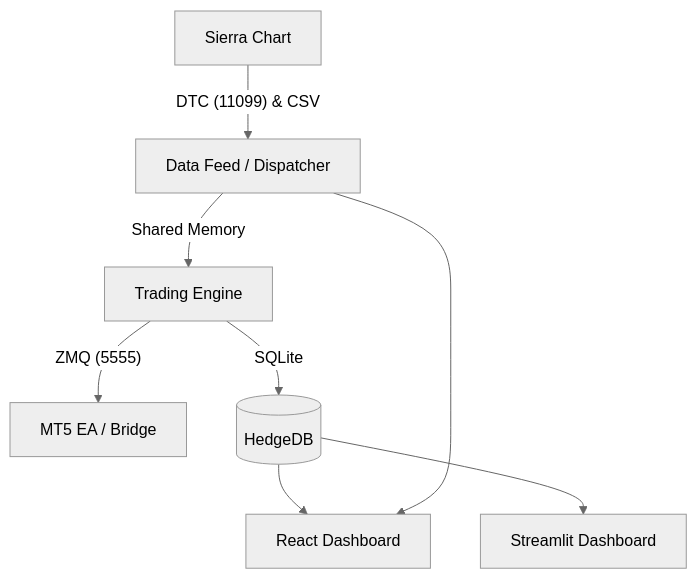
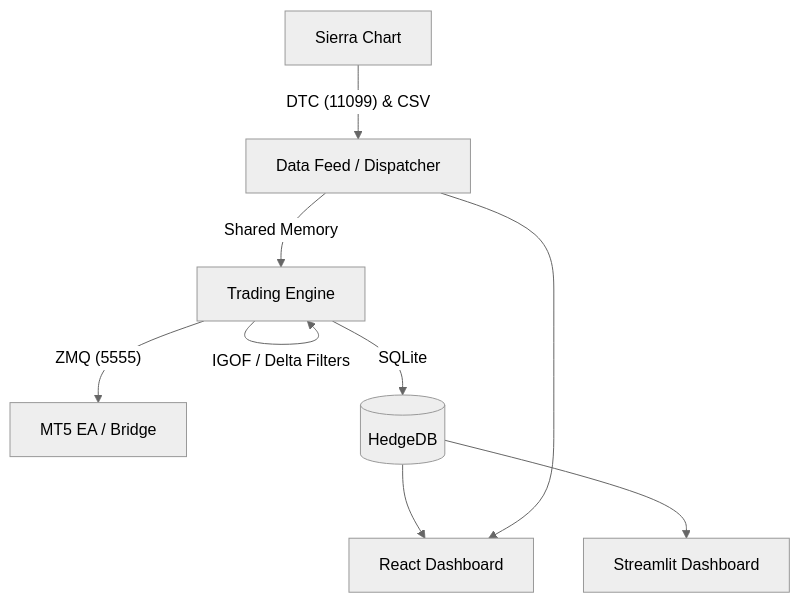
The diagram in README.md (tonynagwerez20-hue/kingin), drawn with Mermaid (neutral theme) before and after one commit. The commit also changed other lines of this file, not shown here.

````diff
--- a/README.md
+++ b/README.md
@@ -14,10 +15,11 @@
 ```mermaid
 graph TD
     SC[Sierra Chart] -- "DTC (11099) & CSV" --> DF[Data Feed / Dispatcher]
     DF -- Shared Memory --> EN[Trading Engine]
+    EN -- IGOF / Delta Filters --> EN
     EN -- ZMQ (5555) --> MT5[MT5 EA / Bridge]
     EN -- SQLite --> DB[(HedgeDB)]
     DB --> RD[React Dashboard]
     DF --> RD
     DB --> ST[Streamlit Dashboard]
 ```
````
